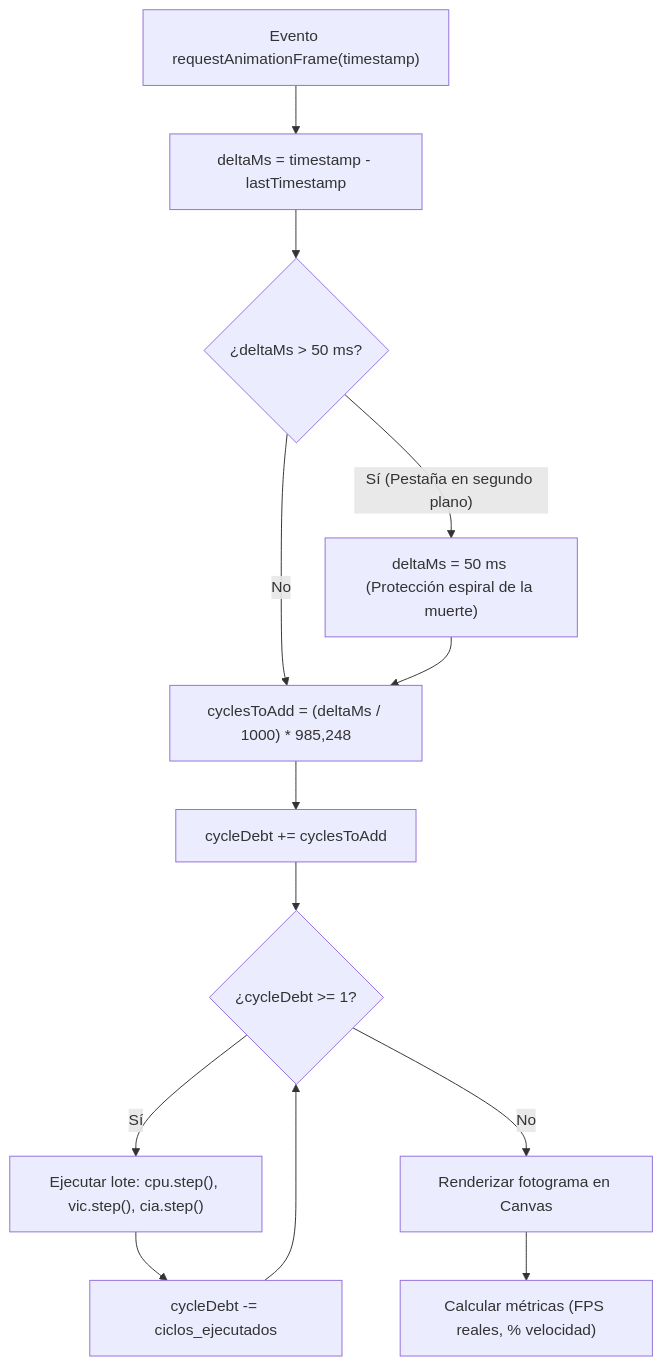
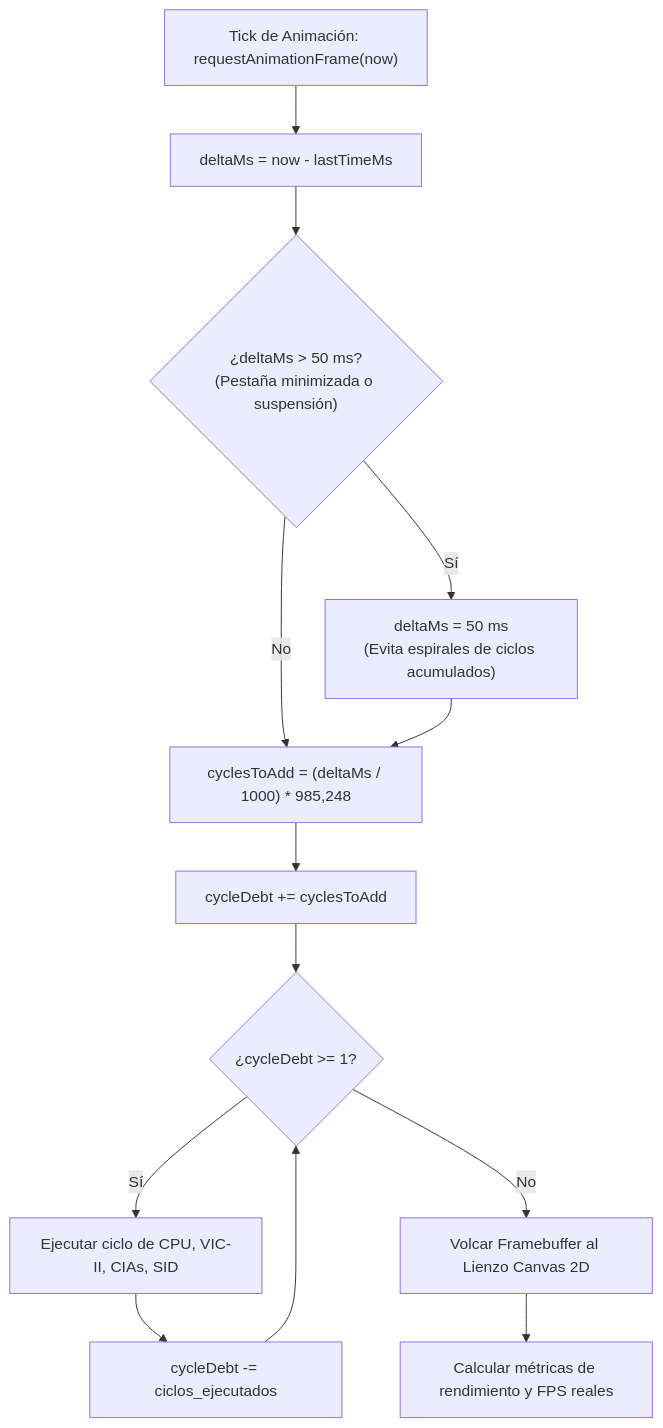
One commit to RafxDev/C64-Web changed the second of 6 diagrams in DIARIO.md. Above: the diagram before and after it, drawn with Mermaid. The commit also changed other lines of this file, not shown here.

````diff
--- a/DIARIO.md
+++ b/DIARIO.md
@@ -99,15 +129,15 @@
 ```mermaid
 flowchart TD
-    A["Evento requestAnimationFrame(timestamp)"] --> B["deltaMs = timestamp - lastTimestamp"]
-    B --> C{"¿deltaMs > 50 ms?"}
-    C -- "Sí (Pestaña en segundo plano)" --> D["deltaMs = 50 ms (Protección espiral de la muerte)"]
-    C -- "No" --> E["cyclesToAdd = (deltaMs / 1000) * 985,248"]
-    D --> E
-    E --> F["cycleDebt += cyclesToAdd"]
-    F --> G{"¿cycleDebt >= 1?"}
-    G -- "Sí" --> H["Ejecutar lote: cpu.step(), vic.step(), cia.step()"]
-    H --> I["cycleDebt -= ciclos_ejecutados"]
-    I --> G
-    G -- "No" --> J["Renderizar fotograma en Canvas"]
-    J --> K["Calcular métricas (FPS reales, % velocidad)"]
+    Tick["Tick de Animación: requestAnimationFrame(now)"] --> Delta["deltaMs = now - lastTimeMs"]
+    Delta --> CheckClamp{"¿deltaMs > 50 ms?\n(Pestaña minimizada o suspensión)"}
+    CheckClamp -- "Sí" --> Clamp["deltaMs = 50 ms\n(Evita espirales de ciclos acumulados)"]
+    CheckClamp -- "No" --> Calc["cyclesToAdd = (deltaMs / 1000) * 985,248"]
+    Clamp --> Calc
+    Calc --> AddDebt["cycleDebt += cyclesToAdd"]
+    AddDebt --> LoopDebt{"¿cycleDebt >= 1?"}
+    LoopDebt -- "Sí" --> ExecSlice["Ejecutar ciclo de CPU, VIC-II, CIAs, SID"]
+    ExecSlice --> SubDebt["cycleDebt -= ciclos_ejecutados"]
+    SubDebt --> LoopDebt
+    LoopDebt -- "No" --> FlushScreen["Volcar Framebuffer al Lienzo Canvas 2D"]
+    FlushScreen --> UpdateFPS["Calcular métricas de rendimiento y FPS reales"]
 ```
````
